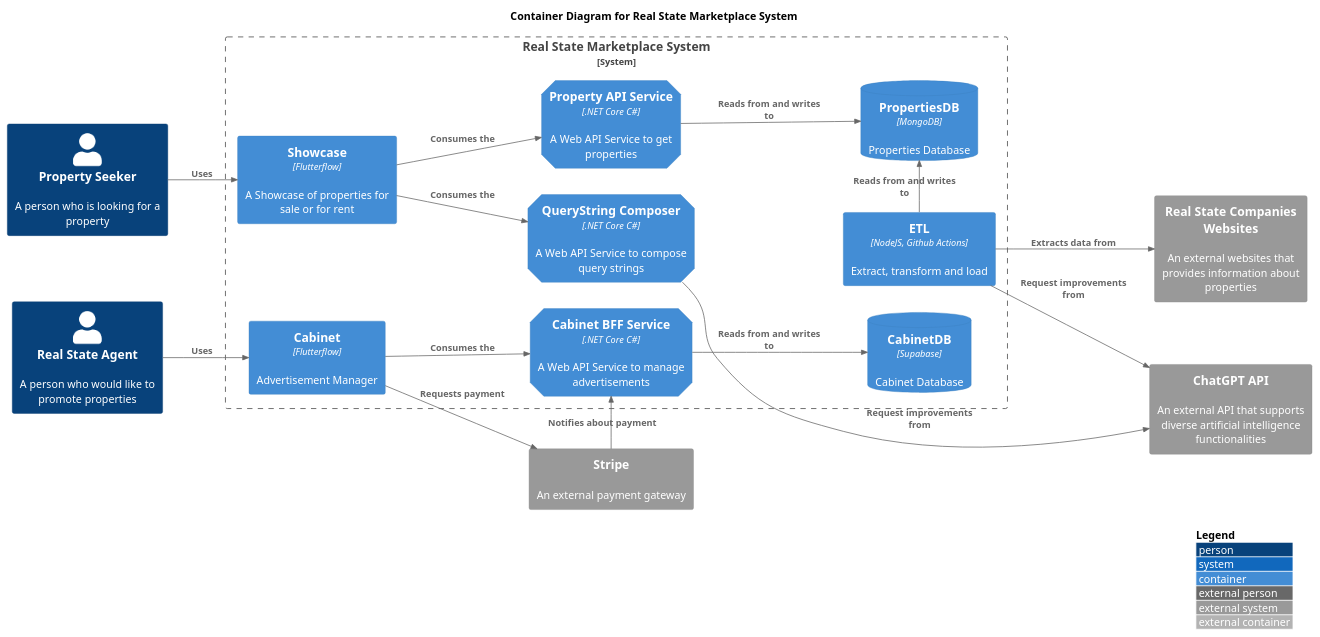
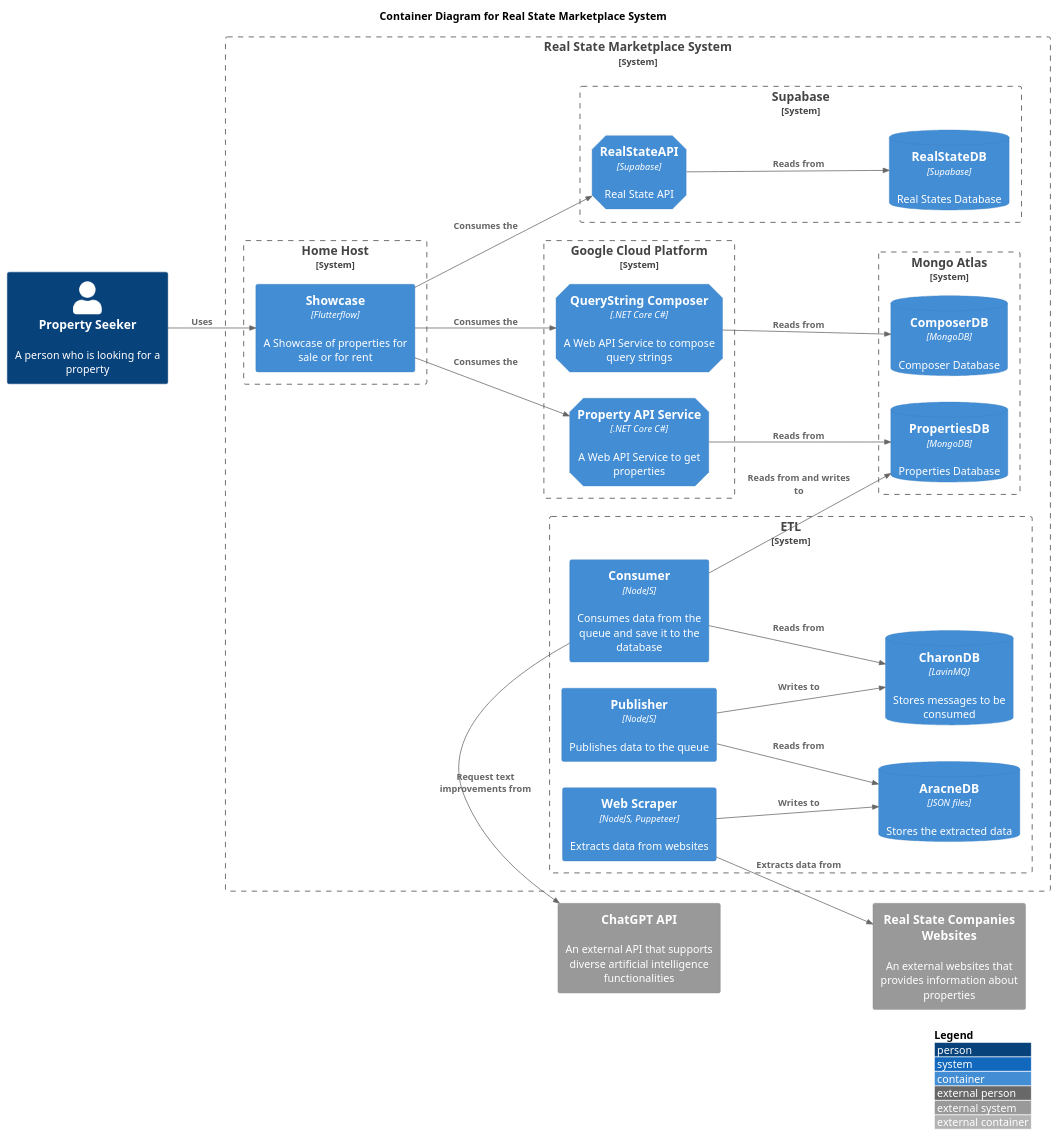
One commit to jtsato/properties-api-netcore changed the diagram in docs/c4-models/02-Container-Diagram.puml. Above: the diagram before and after it, drawn with PlantUML. The commit also changed 1 other file, not shown here.

Commit message:
docs(c4): update c4 diagrams

```diff
--- a/docs/c4-models/02-Container-Diagram.puml
+++ b/docs/c4-models/02-Container-Diagram.puml
@@ -1,54 +1,85 @@
 @startuml 02-ContainerDiagram
 !include <C4/C4_Container>
 
 /' Level 2: Container diagram
    A container is something like a server-side web application, single-page application, desktop application, 
    mobile app, database schema, file system, etc. 
    Essentially, a container is a separately runnable/deployable unit (e.g. a separate process space) 
    that executes code or stores data.
 '/
 
 title "Container Diagram for Real State Marketplace System"
 
 AddElementTag("microService", $shape=EightSidedShape(), $legendText="micro service\'")
 AddElementTag("storage", $shape=RoundedBoxShape())
 
 LAYOUT_LEFT_RIGHT()
 
 Person(seeker, "Property Seeker", "A person who is looking for a property")
-Person(agent, "Real State Agent", "A person who would like to promote properties")
+'Person(agent, "Real State Agent", "A person who would like to promote properties")
 
 System_Boundary(realState, "Real State Marketplace System", "A system that allows property seekers to find properties for sale or rent") {
-    Container(showcase, "Showcase", "Flutterflow", "A Showcase of properties for sale or for rent")
-    Container(cabinet, "Cabinet", "Flutterflow", "Advertisement Manager")
-    Container(showcaseBff, "Property API Service", ".NET Core C#", "A Web API Service to get properties", $tags = "microService")
-    ContainerDb(propertiesDB, "PropertiesDB", "MongoDB", "Properties Database", $tags = "storage")
-    Container(composer, "QueryString Composer", ".NET Core C#", "A Web API Service to compose query strings", $tags = "microService")
-    Container(cabinetBff, "Cabinet BFF Service", ".NET Core C#", "A Web API Service to manage advertisements", $tags = "microService")
-    ContainerDb(cabinetDB, "CabinetDB", "Supabase", "Cabinet Database", $tags = "storage")
-    Container(etl, "ETL", "NodeJS, Github Actions", "Extract, transform and load")
+    
+    System_Boundary(homeHost, "Home Host", "Hosting Service"){
+        Container(showcase, "Showcase", "Flutterflow", "A Showcase of properties for sale or for rent")
+        'Container(cabinet, "Cabinet", "Flutterflow", "Advertisement Manager")
+        'Container(backstage, "Backstage", "Flutterflow", "Admin Panel")
+    }
+    
+    System_Boundary(gcp, "Google Cloud Platform", "Cloud Provider"){
+        Container(propertyAPI, "Property API Service", ".NET Core C#", "A Web API Service to get properties", $tags = "microService")
+        Container(composer, "QueryString Composer", ".NET Core C#", "A Web API Service to compose query strings", $tags = "microService")
+        'Container(cabinetBff, "Cabinet BFF Service", ".NET Core C#", "A Web API Service to manage advertisements", $tags = "microService")
+        'Container(backstageBff, "Backstage BFF Service", ".NET Core C#", "A Web API Service to manage the admin panel", $tags = "microService")
+    }
+
+    System_Boundary(supabase, "Supabase", "Backend as a Service"){
+        Container(realStateAPI, "RealStateAPI", "Supabase", "Real State API", $tags = "microService")
+        ContainerDb(realStateDB, "RealStateDB", "Supabase", "Real States Database", $tags = "storage")
+    }
+
+    System_Boundary(atlas, "Mongo Atlas", "Database Provider"){
+        ContainerDb(propertiesDB, "PropertiesDB", "MongoDB", "Properties Database", $tags = "storage")
+        ContainerDb(composerDB, "ComposerDB", "MongoDB", "Composer Database", $tags = "storage")
+        'ContainerDb(cabinetDB, "CabinetDB", "Supabase", "Cabinet Database", $tags = "storage")
+    }
+
+    System_Boundary(etl, "ETL", "NodeJS, Github Actions", "Extract, transform and load"){
+        Container(aracne, "Web Scraper", "NodeJS, Puppeteer", "Extracts data from websites")
+        ContainerDb(aracneDB, "AracneDB", "JSON files", "Stores the extracted data")
+        Container(charon, "Publisher", "NodeJS", "Publishes data to the queue")
+        ContainerDb(charonDB, "CharonDB", "LavinMQ", "Stores messages to be consumed")
+        Container(mnemosyne, "Consumer", "NodeJS", "Consumes data from the queue and save it to the database")
+    }
 }
 
 System_Ext(chatGpt, "ChatGPT API", "An external API that supports diverse artificial intelligence functionalities")
 System_Ext(websites, "Real State Companies Websites", "An external websites that provides information about properties")
-System_Ext(stripe, "Stripe", "An external payment gateway")
+'System_Ext(stripe, "Stripe", "An external payment gateway")
 
 Rel(seeker, showcase, "Uses")
-Rel(showcase, showcaseBff, "Consumes the")
+Rel(showcase, propertyAPI, "Consumes the")
 Rel(showcase, composer, "Consumes the")
-Rel(composer, chatGpt, "Request improvements from")
-Rel(showcaseBff, propertiesDB, "Reads from and writes to")
+Rel(showcase, realStateAPI, "Consumes the")
+Rel(realStateAPI, realStateDB, "Reads from")
+' Rel_L(composer, chatGpt, "Request querystrings from")
+Rel(propertyAPI, propertiesDB, "Reads from")
+Rel(composer, composerDB, "Reads from")
 
-Rel(agent, cabinet, "Uses")
-Rel(cabinet, stripe, "Requests payment")
-Rel(stripe, cabinetBff, "Notifies about payment")
-Rel(cabinet, cabinetBff, "Consumes the")
-Rel(cabinetBff, cabinetDB, "Reads from and writes to")
+'Rel(agent, cabinet, "Uses")
+'Rel(cabinet, stripe, "Requests payment")
+'Rel(stripe, cabinetBff, "Notifies about payment")
+'Rel(cabinet, cabinetBff, "Consumes the")
+'Rel(cabinetBff, cabinetDB, "Reads from and writes to")
 
-Rel(etl, websites, "Extracts data from")
-Rel(etl, chatGpt, "Request improvements from")
-Rel_R(etl, propertiesDB, "Reads from and writes to")
+Rel(aracne, websites, "Extracts data from")
+Rel(aracne, aracneDB, "Writes to")
+Rel(charon, aracneDB, "Reads from")
+Rel(charon, charonDB, "Writes to")
+Rel(mnemosyne, charonDB, "Reads from")
+Rel_L(mnemosyne, chatGpt, "Request text improvements from")
+Rel(mnemosyne, propertiesDB, "Reads from and writes to")
 
 LAYOUT_WITH_LEGEND()
 
 @enduml
```
